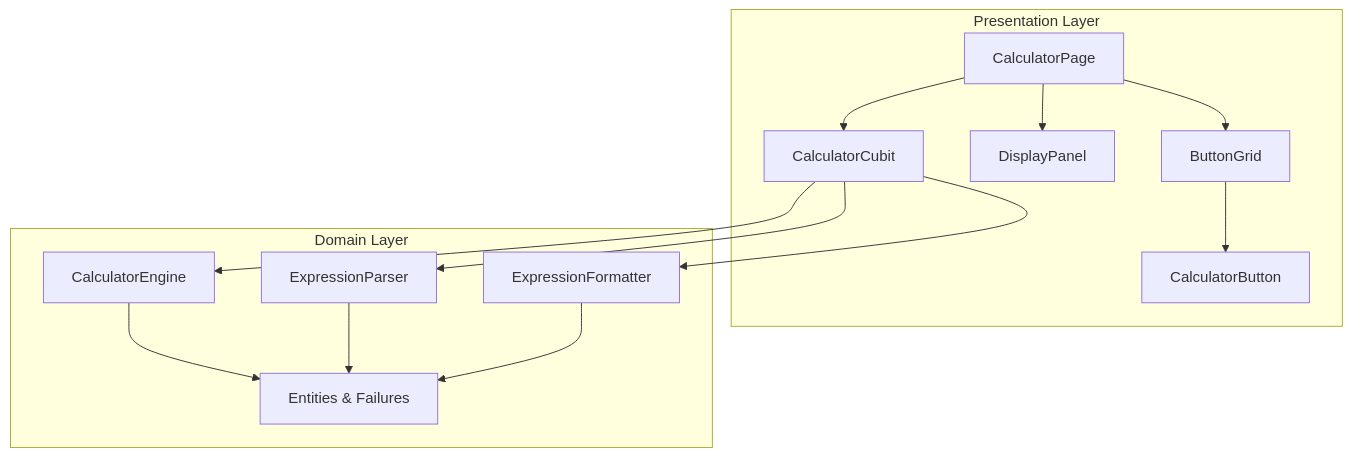
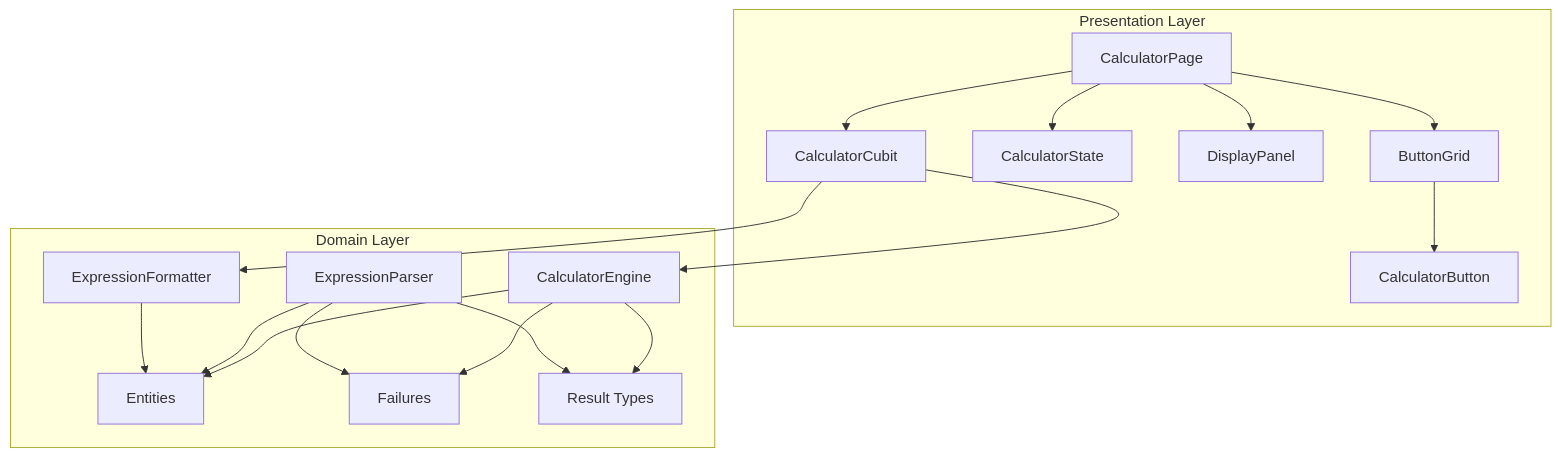
Before and after one commit to stone71/wk1210_kurs: the first of 2 diagrams in .kiro/specs/calculator-app/design.md, drawn with Mermaid. The commit also changed other lines of this file, not shown here.

Commit message:
calculator_app: refacture design.md with chatgpt

````diff
--- a/.kiro/specs/calculator-app/design.md
+++ b/.kiro/specs/calculator-app/design.md
@@ -22,28 +29,35 @@
 ```mermaid
 graph TB
     subgraph Presentation["Presentation Layer"]
         Page[CalculatorPage]
         Cubit[CalculatorCubit]
+        State[CalculatorState]
         DP[DisplayPanel]
         BG[ButtonGrid]
         CB[CalculatorButton]
     end
 
     subgraph Domain["Domain Layer"]
         CE[CalculatorEngine]
         EP[ExpressionParser]
         EF[ExpressionFormatter]
-        Entities[Entities & Failures]
+        Entities[Entities]
+        Failures[Failures]
+        Results[Result Types]
     end
 
     Page --> Cubit
+    Page --> State
     Page --> DP
     Page --> BG
     BG --> CB
     Cubit --> CE
-    Cubit --> EP
     Cubit --> EF
     CE --> Entities
+    CE --> Failures
+    CE --> Results
     EP --> Entities
+    EP --> Failures
+    EP --> Results
     EF --> Entities
 ```
````
